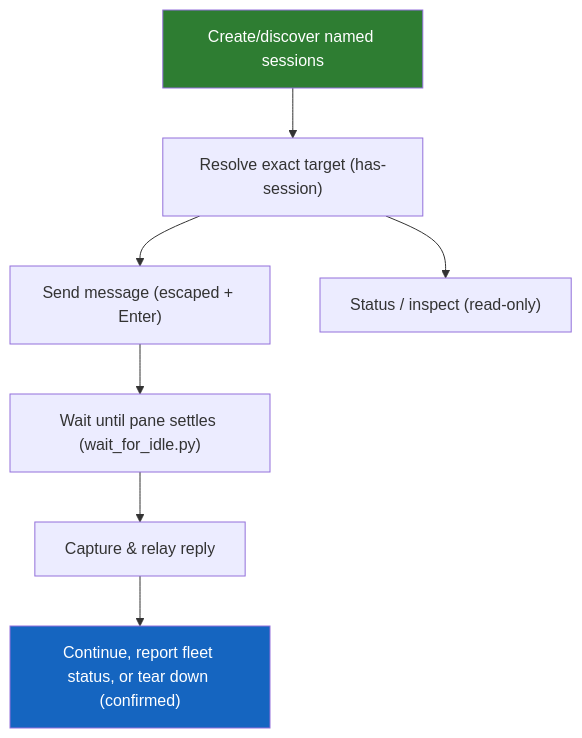
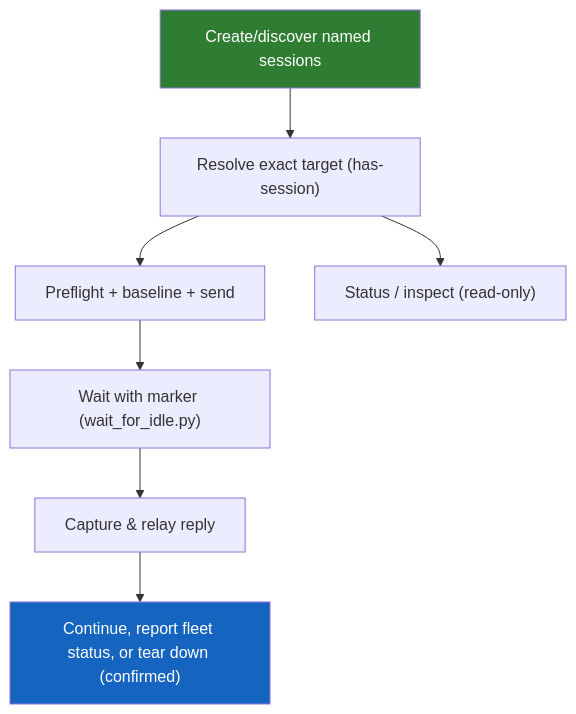
Before and after one commit to belinwu/luongnv89-skills: the diagram in skills/tmux-agent-comms/docs/README.md, drawn with Mermaid. The commit also changed other lines of this file and 13 other files, not shown here.

````diff
--- a/skills/tmux-agent-comms/docs/README.md
+++ b/skills/tmux-agent-comms/docs/README.md
@@ -36,11 +36,11 @@
 ```mermaid
 graph TD
     A["Create/discover named sessions"] --> B["Resolve exact target (has-session)"]
-    B --> C["Send message (escaped + Enter)"]
+    B --> C["Preflight + baseline + send"]
     B --> S["Status / inspect (read-only)"]
-    C --> D["Wait until pane settles (wait_for_idle.py)"]
+    C --> D["Wait with marker (wait_for_idle.py)"]
     D --> E["Capture & relay reply"]
     E --> F["Continue, report fleet status, or tear down (confirmed)"]
     style A fill:#2E7D32,color:#fff
     style F fill:#1565C0,color:#fff
 ```
````
